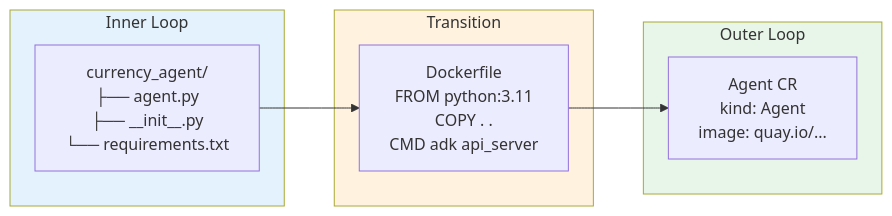
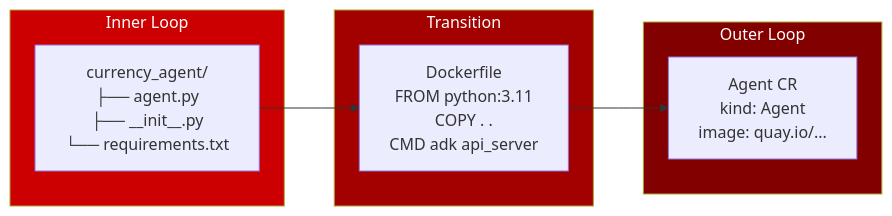
Before and after one commit to rrbanda/agent-sandbox-ocp: the third of 3 diagrams in docs/concepts/inner-outer-loop.md, drawn with Mermaid. The commit also changed other lines of this file and 6 other files, not shown here.

First line of the commit message:
Update diagrams: correct layer ordering and Red Hat branding

````diff
--- a/docs/concepts/inner-outer-loop.md
+++ b/docs/concepts/inner-outer-loop.md
@@ -120,20 +120,20 @@
 ```mermaid
 flowchart LR
     subgraph inner["Inner Loop"]
         A["currency_agent/<br/>├── agent.py<br/>├── __init__.py<br/>└── requirements.txt"]
     end
     
     subgraph transition["Transition"]
         B["Dockerfile<br/>FROM python:3.11<br/>COPY . .<br/>CMD adk api_server"]
     end
     
     subgraph outer["Outer Loop"]
         C["Agent CR<br/>kind: Agent<br/>image: quay.io/..."]
     end
     
     A --> B --> C
     
-    style inner fill:#e3f2fd
-    style transition fill:#fff3e0
-    style outer fill:#e8f5e9
+    style inner fill:#CC0000,color:#FFFFFF
+    style transition fill:#A30000,color:#FFFFFF
+    style outer fill:#820000,color:#FFFFFF
 ```
````
